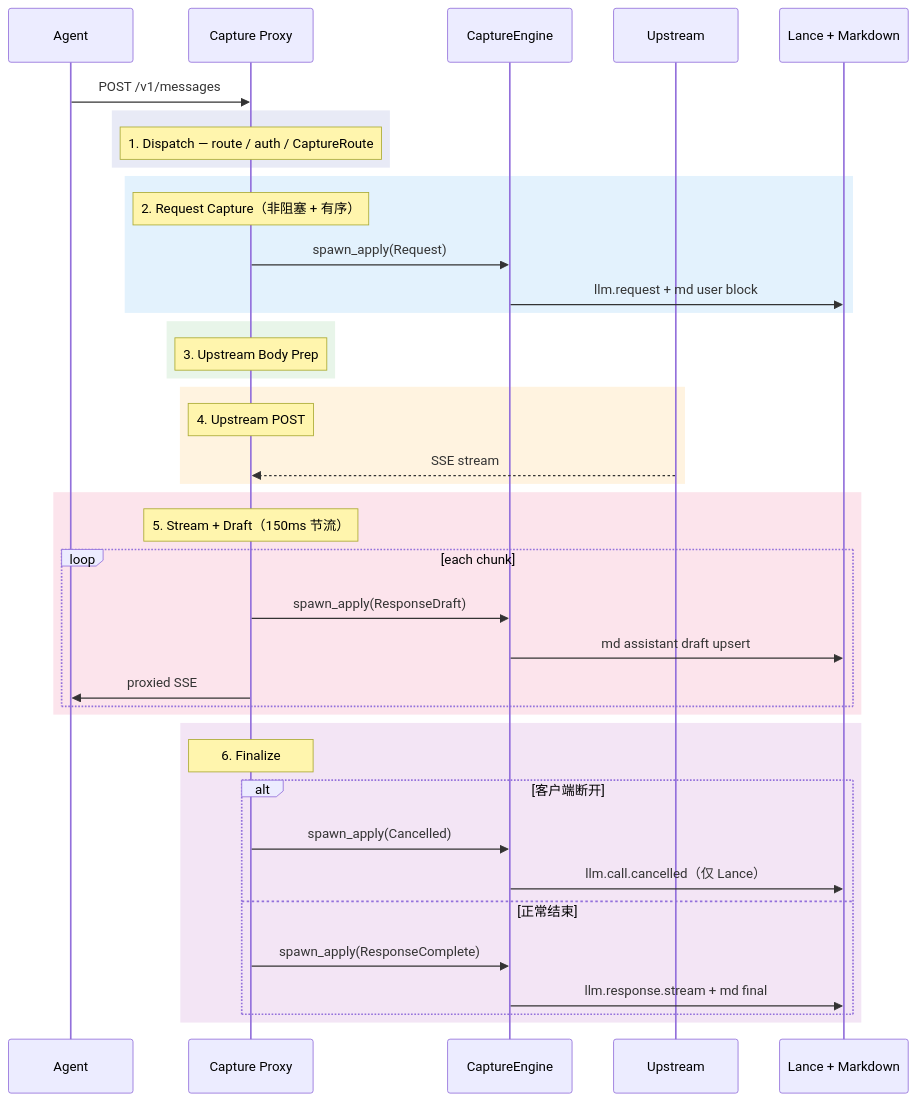
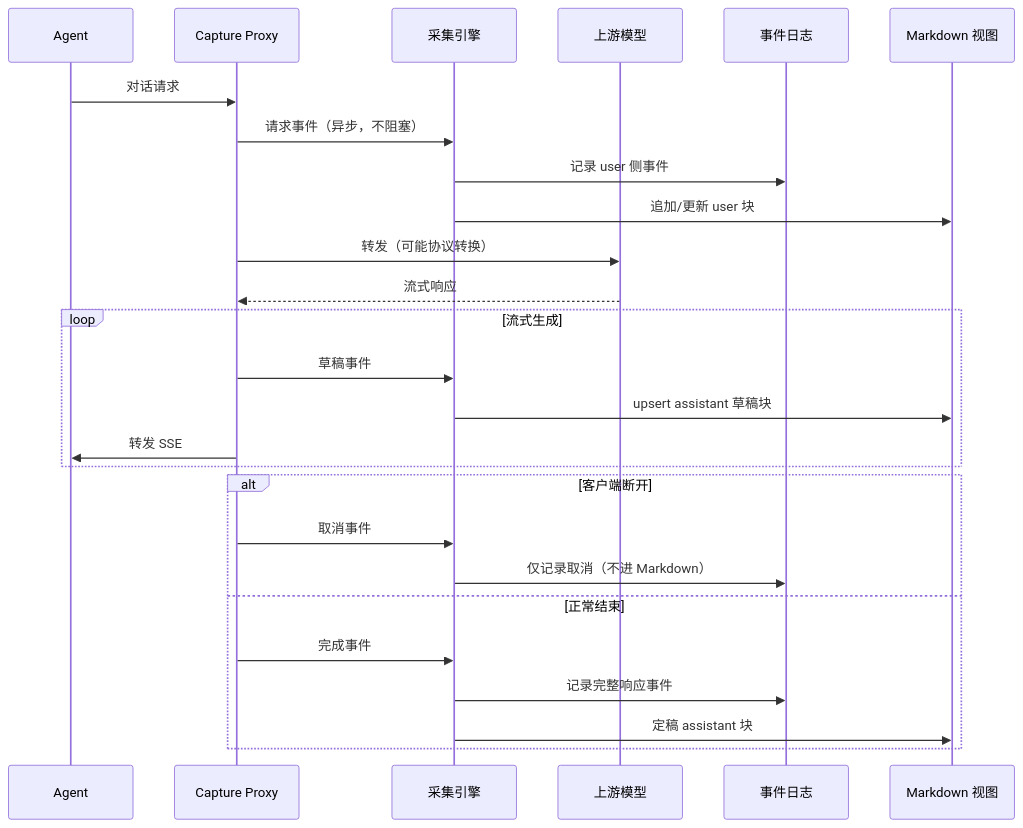
One commit to DeepLink-org/Persisting changed the second of 2 diagrams in docs/src/design/capture_design.zh.md. Above: the diagram before and after it, drawn with Mermaid. The commit also changed other lines of this file and 27 other files, not shown here.

````diff
--- a/docs/src/design/capture_design.zh.md
+++ b/docs/src/design/capture_design.zh.md
@@ -320,49 +265,32 @@
 ```mermaid
 sequenceDiagram
     participant Agent
     participant Proxy as Capture Proxy
-    participant Engine as CaptureEngine
-    participant Upstream
-    participant Storage as Lance + Markdown
+    participant Engine as 采集引擎
+    participant Upstream as 上游模型
+    participant Lance as 事件日志
+    participant MD as Markdown 视图
 
-    Agent->>Proxy: POST /v1/messages
+    Agent->>Proxy: 对话请求
+    Proxy->>Engine: 请求事件（异步，不阻塞）
+    Engine->>Lance: 记录 user 侧事件
+    Engine->>MD: 追加/更新 user 块
 
-    rect rgb(232, 234, 246)
-        Note over Proxy: 1. Dispatch — route / auth / CaptureRoute
+    Proxy->>Upstream: 转发（可能协议转换）
+    Upstream-->>Proxy: 流式响应
+
+    loop 流式生成
+        Proxy->>Engine: 草稿事件
+        Engine->>MD: upsert assistant 草稿块
+        Proxy->>Agent: 转发 SSE
     end
 
-    rect rgb(227, 242, 253)
-        Note over Proxy: 2. Request Capture（非阻塞 + 有序）
-        Proxy->>Engine: spawn_apply(Request)
-        Engine->>Storage: llm.request + md user block
-    end
-
-    rect rgb(232, 245, 233)
-        Note over Proxy: 3. Upstream Body Prep
-    end
-
-    rect rgb(255, 243, 224)
-        Note over Proxy: 4. Upstream POST
-        Upstream-->>Proxy: SSE stream
-    end
-
-    rect rgb(252, 228, 236)
-        Note over Proxy: 5. Stream + Draft（150ms 节流）
-        loop each chunk
-            Proxy->>Engine: spawn_apply(ResponseDraft)
-            Engine->>Storage: md assistant draft upsert
-            Proxy->>Agent: proxied SSE
-        end
-    end
-
-    rect rgb(243, 229, 245)
-        Note over Proxy: 6. Finalize
-        alt 客户端断开
-            Proxy->>Engine: spawn_apply(Cancelled)
-            Engine->>Storage: llm.call.cancelled（仅 Lance）
-        else 正常结束
-            Proxy->>Engine: spawn_apply(ResponseComplete)
-            Engine->>Storage: llm.response.stream + md final
-        end
+    alt 客户端断开
+        Proxy->>Engine: 取消事件
+        Engine->>Lance: 仅记录取消（不进 Markdown）
+    else 正常结束
+        Proxy->>Engine: 完成事件
+        Engine->>Lance: 记录完整响应事件
+        Engine->>MD: 定稿 assistant 块
     end
 ```
````
